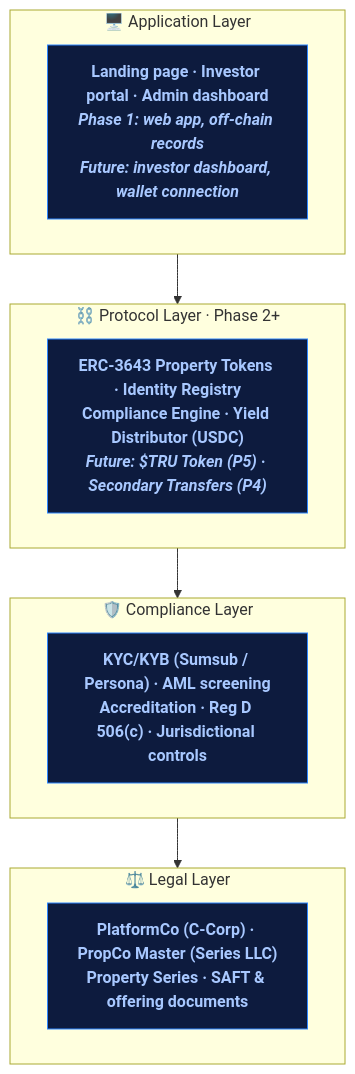
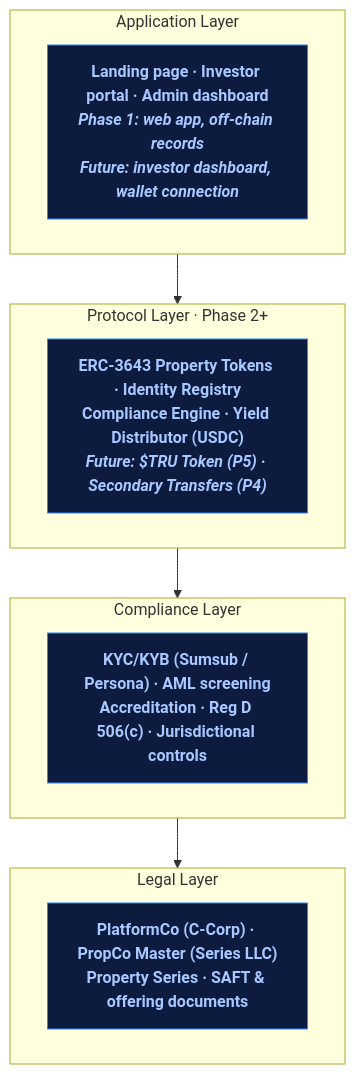
One commit to Gur-noor/Property-United changed the diagram in docs/platform/architecture.md. Above: the diagram before and after it, drawn with Mermaid. The commit also changed 2 other files, not shown here.

Commit message:
fix: resolve Mermaid diagram rendering issues (contrast + emoji)
- Remove emoji from solution.md and platform/architecture.md Mermaid
  diagrams — emoji render as coloured blobs in SVG text nodes across
  most browsers/OS combinations
- Add CSS overrides for all classDef node text colours; Mermaid's
  htmlLabels mode renders node text via <foreignObject> HTML which
  inherits the page cascade instead of the SVG color attribute, causing
  dark-fill nodes (series, step, layer, later, foundation) to show
  near-zero contrast text in light mode

````diff
--- a/docs/platform/architecture.md
+++ b/docs/platform/architecture.md
@@ -11,19 +11,19 @@
 ```mermaid
 flowchart TB
-    subgraph APP["🖥️ Application Layer"]
+    subgraph APP["Application Layer"]
         A1["Landing page · Investor portal · Admin dashboard<br/><i>Phase 1: web app, off-chain records</i><br/><i>Future: investor dashboard, wallet connection</i>"]
     end
-    subgraph PROTO["⛓️ Protocol Layer · Phase 2+"]
+    subgraph PROTO["Protocol Layer · Phase 2+"]
         A2["ERC-3643 Property Tokens · Identity Registry<br/>Compliance Engine · Yield Distributor (USDC)<br/><i>Future: $TRU Token (P5) · Secondary Transfers (P4)</i>"]
     end
-    subgraph COMP["🛡️ Compliance Layer"]
+    subgraph COMP["Compliance Layer"]
         A3["KYC/KYB (Sumsub / Persona) · AML screening<br/>Accreditation · Reg D 506(c) · Jurisdictional controls"]
     end
-    subgraph LEGAL["⚖️ Legal Layer"]
+    subgraph LEGAL["Legal Layer"]
         A4["PlatformCo (C-Corp) · PropCo Master (Series LLC)<br/>Property Series · SAFT & offering documents"]
     end
     APP --> PROTO --> COMP --> LEGAL
 
     classDef layer fill:#0d1b3e,stroke:#2E86FF,color:#a8c8ff,font-weight:600;
     class A1,A2,A3,A4 layer;
 ```
````
